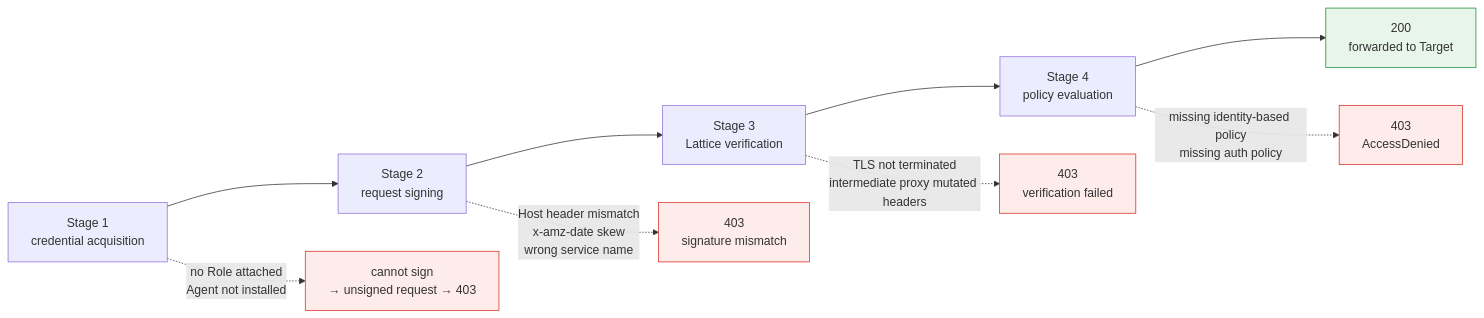
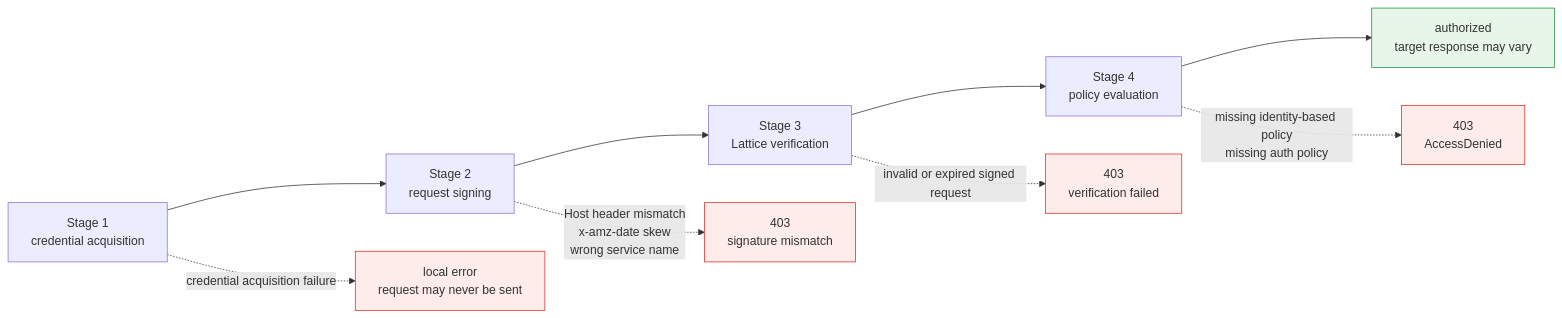
Before and after one commit to Atom-oh/kubernetes-docs: the second of 2 diagrams in en/service-mesh/vpc-lattice/03-auth-flow.md, drawn with Mermaid. The commit also changed other lines of this file and 62 other files, not shown here.

````diff
--- a/en/service-mesh/vpc-lattice/03-auth-flow.md
+++ b/en/service-mesh/vpc-lattice/03-auth-flow.md
@@ -71,18 +72,18 @@
 ```mermaid
 graph LR
     S1["Stage 1<br/>credential acquisition"] --> S2["Stage 2<br/>request signing"]
     S2 --> S3["Stage 3<br/>Lattice verification"]
     S3 --> S4["Stage 4<br/>policy evaluation"]
-    S4 --> OK["200<br/>forwarded to Target"]
+    S4 --> OK["authorized<br/>target response may vary"]
 
-    S1 -.->|"no Role attached<br/>Agent not installed"| E1["cannot sign<br/>→ unsigned request → 403"]
+    S1 -.->|"credential acquisition failure"| E1["local error<br/>request may never be sent"]
     S2 -.->|"Host header mismatch<br/>x-amz-date skew<br/>wrong service name"| E2["403<br/>signature mismatch"]
-    S3 -.->|"TLS not terminated<br/>intermediate proxy mutated headers"| E3["403<br/>verification failed"]
+    S3 -.->|"invalid or expired signed request"| E3["403<br/>verification failed"]
     S4 -.->|"missing identity-based policy<br/>missing auth policy"| E4["403<br/>AccessDenied"]
 
     style E1 fill:#fdecea,stroke:#d93025
     style E2 fill:#fdecea,stroke:#d93025
     style E3 fill:#fdecea,stroke:#d93025
     style E4 fill:#fdecea,stroke:#d93025
     style OK fill:#e8f5e9,stroke:#1e8e3e
 ```
````
